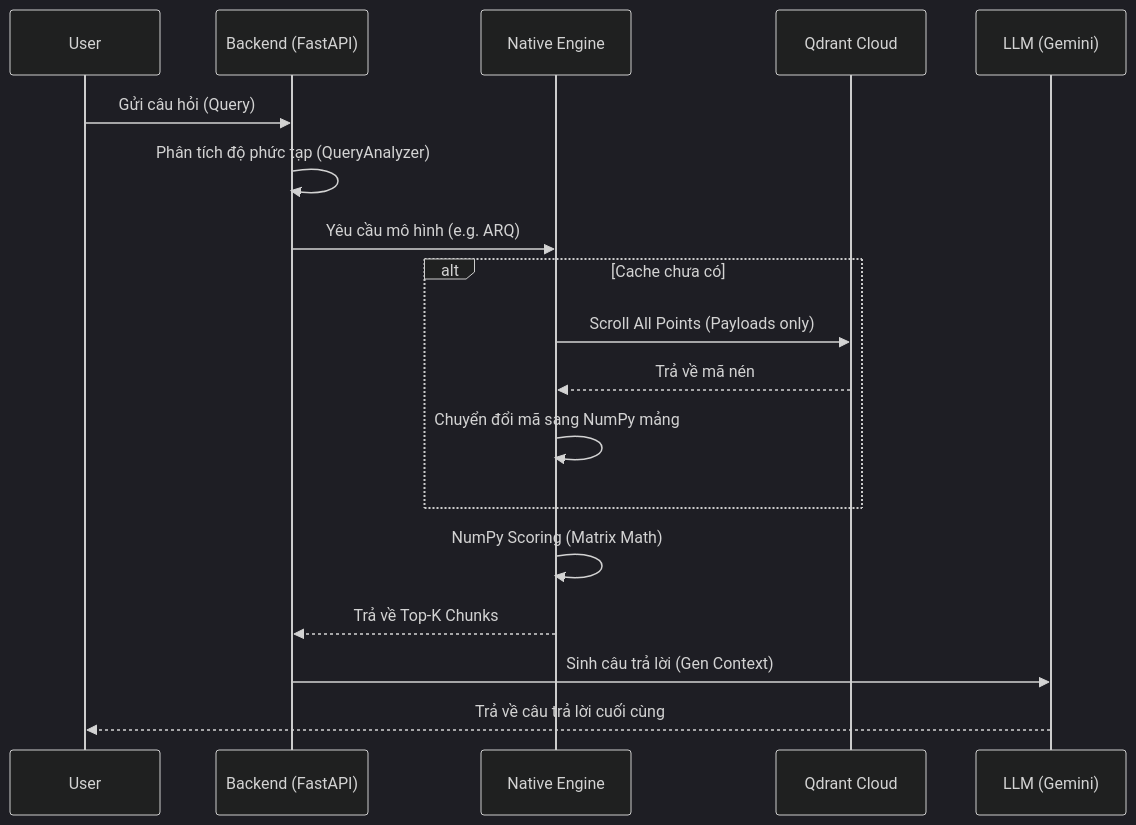
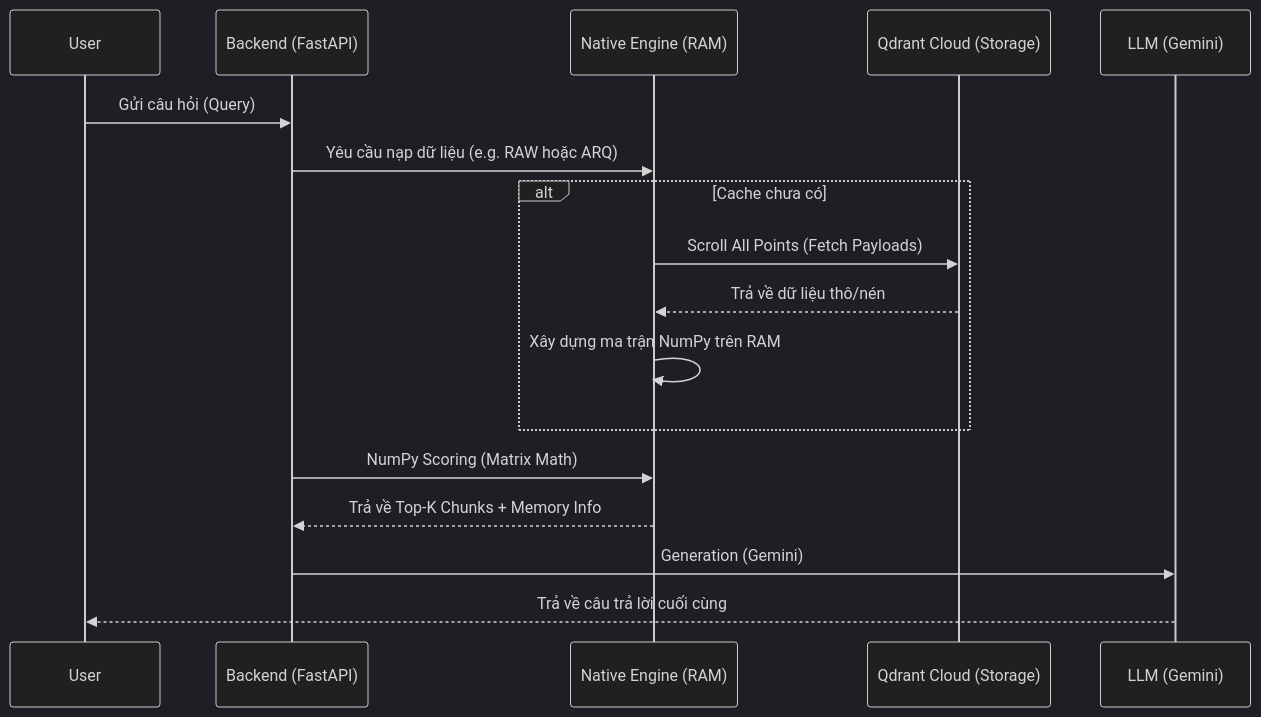
Before and after one commit to Neshaki091/ARQ-RAG-turboquant: the diagram in ARCHITECTURE.md, drawn with Mermaid (dark theme). The commit also changed other lines of this file and 2 other files, not shown here.

Commit message:
Finalize Full-Native Backend RAM architecture and fix Qdrant sync script

````diff
--- a/ARCHITECTURE.md
+++ b/ARCHITECTURE.md
@@ -30,21 +29,20 @@
 ```mermaid
 sequenceDiagram
     participant U as User
     participant B as Backend (FastAPI)
-    participant N as Native Engine
-    participant QC as Qdrant Cloud
+    participant N as Native Engine (RAM)
+    participant QC as Qdrant Cloud (Storage)
     participant L as LLM (Gemini)
 
     U->>B: Gửi câu hỏi (Query)
-    B->>B: Phân tích độ phức tạp (QueryAnalyzer)
-    B->>N: Yêu cầu mô hình (e.g. ARQ)
+    B->>N: Yêu cầu nạp dữ liệu (e.g. RAW hoặc ARQ)
     alt Cache chưa có
-        N->>QC: Scroll All Points (Payloads only)
-        QC-->>N: Trả về mã nén
-        N->>N: Chuyển đổi mã sang NumPy mảng
+        N->>QC: Scroll All Points (Fetch Payloads)
+        QC-->>N: Trả về dữ liệu thô/nén
+        N->>N: Xây dựng ma trận NumPy trên RAM
     end
-    N->>N: NumPy Scoring (Matrix Math)
-    N-->>B: Trả về Top-K Chunks
-    B->>L: Sinh câu trả lời (Gen Context)
+    B->>N: NumPy Scoring (Matrix Math)
+    N-->>B: Trả về Top-K Chunks + Memory Info
+    B->>L: Generation (Gemini)
     L-->>U: Trả về câu trả lời cuối cùng
 ```
````
